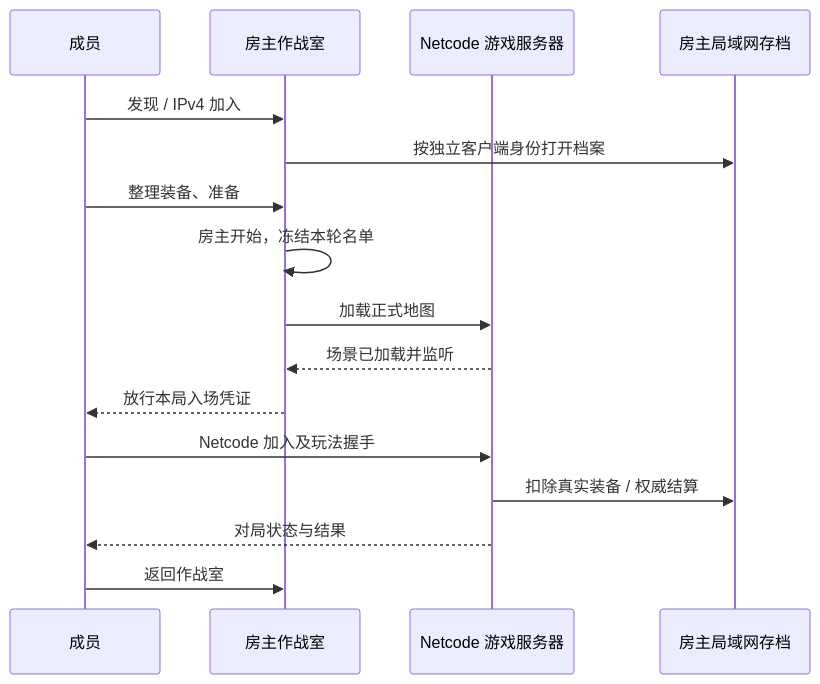
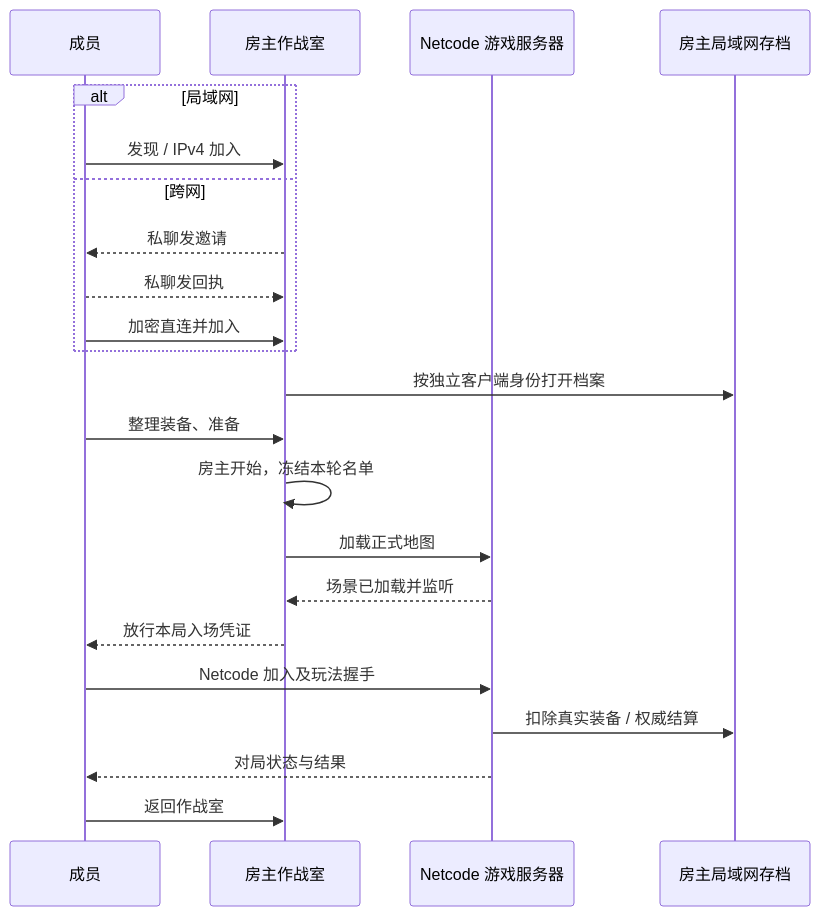
Before and after one commit to MorrowHome/Moonkov: the diagram in Docs/LanRooms.md, drawn with Mermaid. The commit also changed other lines of this file and 25 other files, not shown here.

````diff
--- a/Docs/LanRooms.md
+++ b/Docs/LanRooms.md
@@ -30,18 +40,24 @@
 ```mermaid
 sequenceDiagram
     participant C as 成员
     participant R as 房主作战室
     participant G as Netcode 游戏服务器
     participant S as 房主局域网存档
-    C->>R: 发现 / IPv4 加入
+    alt 局域网
+        C->>R: 发现 / IPv4 加入
+    else 跨网
+        R-->>C: 私聊发邀请
+        C-->>R: 私聊发回执
+        C->>R: 加密直连并加入
+    end
     R->>S: 按独立客户端身份打开档案
     C->>R: 整理装备、准备
     R->>R: 房主开始，冻结本轮名单
     R->>G: 加载正式地图
     G-->>R: 场景已加载并监听
     R-->>C: 放行本局入场凭证
     C->>G: Netcode 加入及玩法握手
     G->>S: 扣除真实装备 / 权威结算
     G-->>C: 对局状态与结果
     C->>R: 返回作战室
 ```
````
